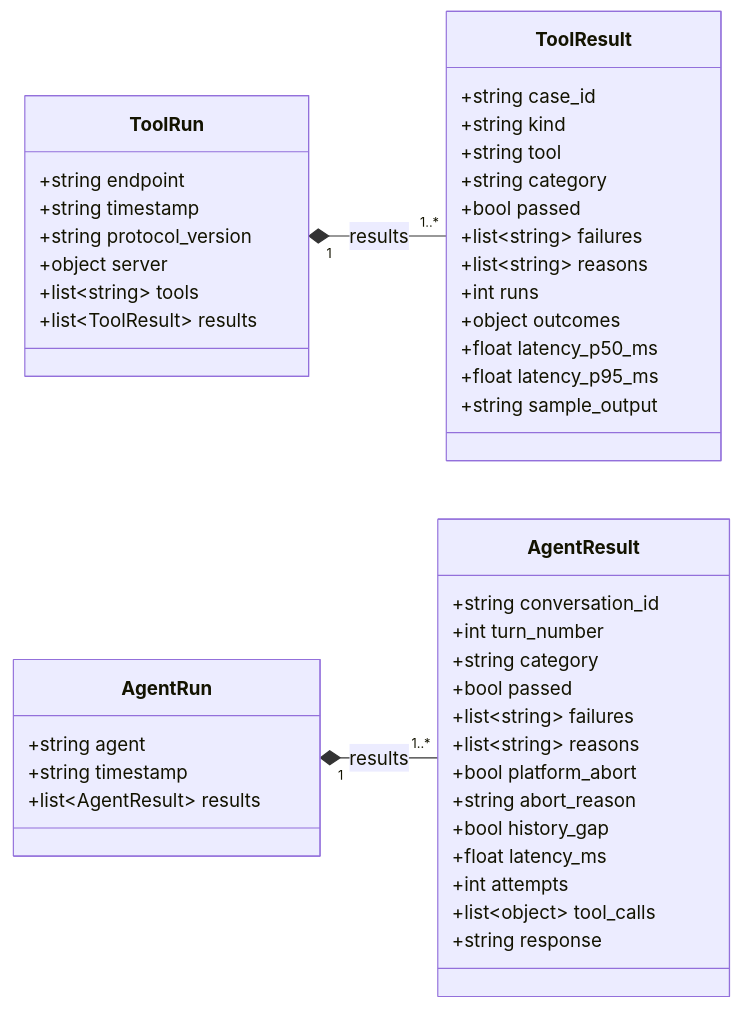
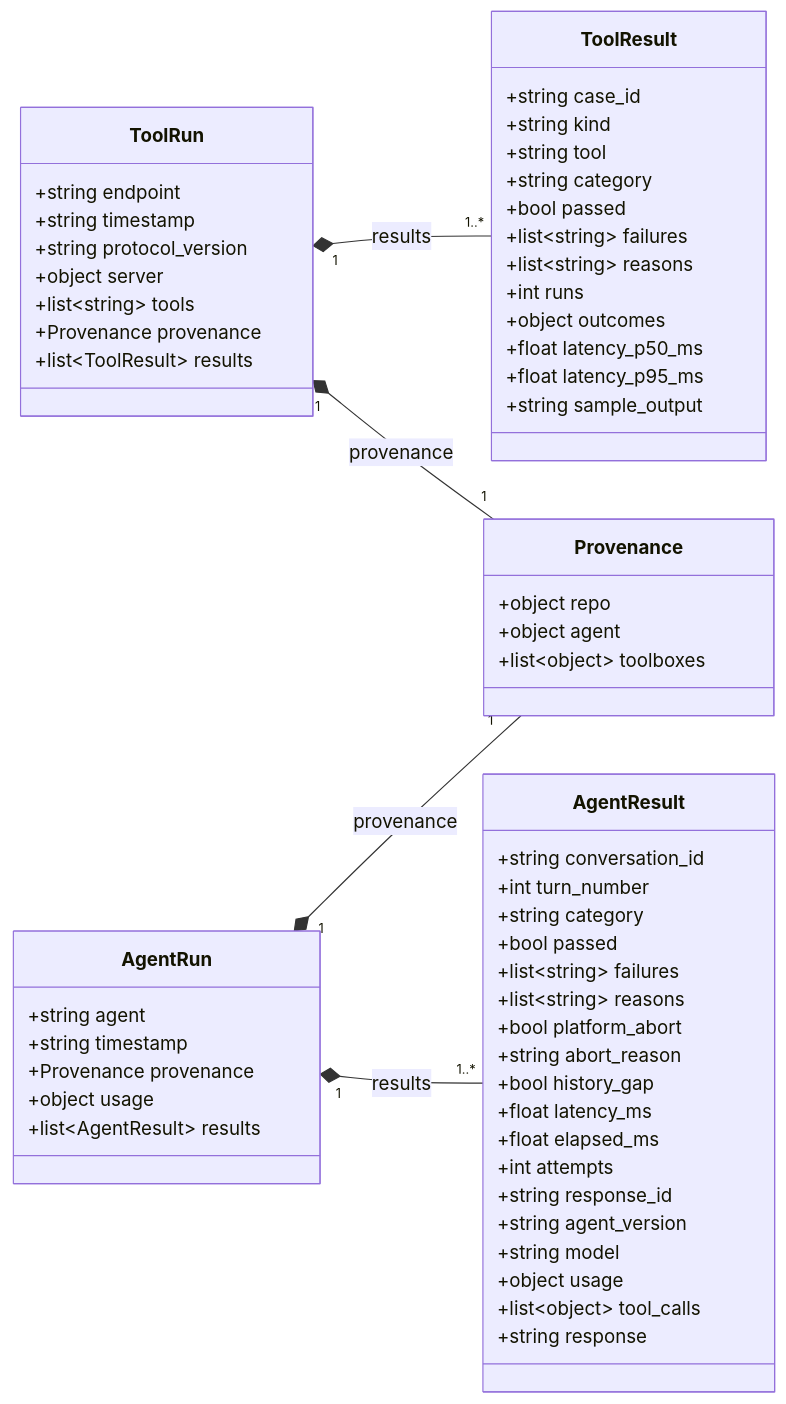
The fifth of 17 diagrams in docs/architecture.md (bradrlaw/foundryToolboxEval), drawn with Mermaid before and after one commit. The commit also changed other lines of this file and 13 other files, not shown here.

````diff
--- a/docs/architecture.md
+++ b/docs/architecture.md
@@ -240,48 +244,63 @@
 ```mermaid
 classDiagram
     direction LR
     class ToolRun {
         +string endpoint
         +string timestamp
         +string protocol_version
         +object server
         +list~string~ tools
+        +Provenance provenance
         +list~ToolResult~ results
     }
     class ToolResult {
         +string case_id
         +string kind
         +string tool
         +string category
         +bool passed
         +list~string~ failures
         +list~string~ reasons
         +int runs
         +object outcomes
         +float latency_p50_ms
         +float latency_p95_ms
         +string sample_output
     }
     class AgentRun {
         +string agent
         +string timestamp
+        +Provenance provenance
+        +object usage
         +list~AgentResult~ results
+    }
+    class Provenance {
+        +object repo
+        +object agent
+        +list~object~ toolboxes
     }
     class AgentResult {
         +string conversation_id
         +int turn_number
         +string category
         +bool passed
         +list~string~ failures
         +list~string~ reasons
         +bool platform_abort
         +string abort_reason
         +bool history_gap
         +float latency_ms
+        +float elapsed_ms
         +int attempts
+        +string response_id
+        +string agent_version
+        +string model
+        +object usage
         +list~object~ tool_calls
         +string response
     }
     ToolRun "1" *-- "1..*" ToolResult : results
     AgentRun "1" *-- "1..*" AgentResult : results
+    ToolRun "1" *-- "1" Provenance : provenance
+    AgentRun "1" *-- "1" Provenance : provenance
 ```
````
